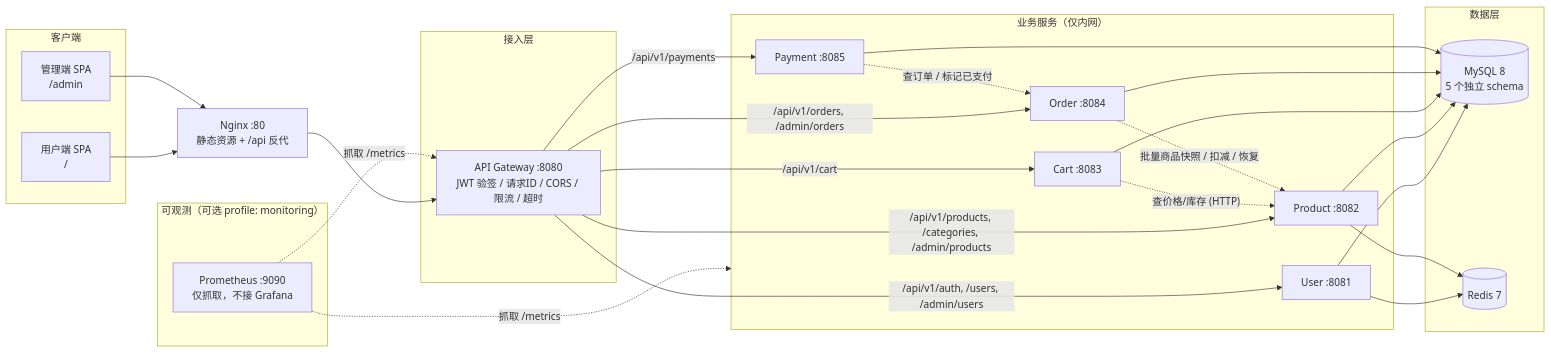
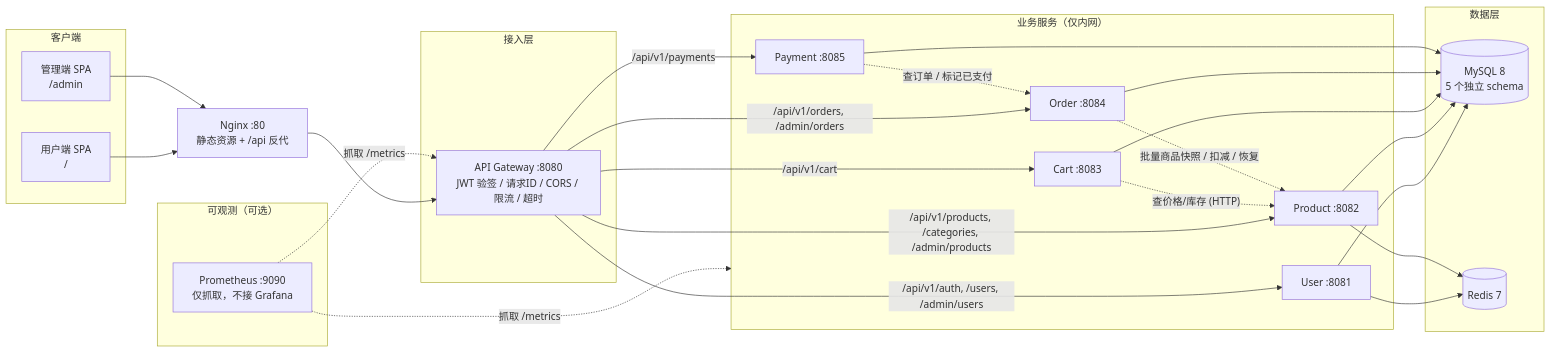
One commit to wypwzc/golang-mall changed the first of 6 diagrams in docs/architecture.md. Above: the diagram before and after it, drawn with Mermaid. The commit also changed other lines of this file and 10 other files, not shown here.

````diff
--- a/docs/architecture.md
+++ b/docs/architecture.md
@@ -35,54 +32,54 @@
 ```mermaid
 flowchart LR
     subgraph Client["客户端"]
         U["用户端 SPA<br/>/"]
         A["管理端 SPA<br/>/admin"]
     end
 
     NG["Nginx :80<br/>静态资源 + /api 反代"]
 
     subgraph GW["接入层"]
         G["API Gateway :8080<br/>JWT 验签 / 请求ID / CORS / 限流 / 超时"]
     end
 
     subgraph SVC["业务服务（仅内网）"]
         US["User :8081"]
         PS["Product :8082"]
         CS["Cart :8083"]
         OS["Order :8084"]
         PMS["Payment :8085"]
     end
 
     subgraph DATA["数据层"]
         M[("MySQL 8<br/>5 个独立 schema")]
         R[("Redis 7")]
     end
 
-    subgraph OBS["可观测（可选 profile: monitoring）"]
+    subgraph OBS["可观测（可选）"]
         PR["Prometheus :9090<br/>仅抓取，不接 Grafana"]
     end
 
     U --> NG
     A --> NG
     NG --> G
     G -->|/api/v1/auth, /users, /admin/users| US
     G -->|/api/v1/products, /categories, /admin/products| PS
     G -->|/api/v1/cart| CS
     G -->|/api/v1/orders, /admin/orders| OS
     G -->|/api/v1/payments| PMS
 
     CS -.->|"查价格/库存 (HTTP)"| PS
     OS -.->|"批量商品快照 / 扣减 / 恢复"| PS
     PMS -.->|"查订单 / 标记已支付"| OS
 
     US --> M
     PS --> M
     CS --> M
     OS --> M
     PMS --> M
     US --> R
     PS --> R
 
     PR -.->|抓取 /metrics| G
     PR -.->|抓取 /metrics| SVC
 ```
````
